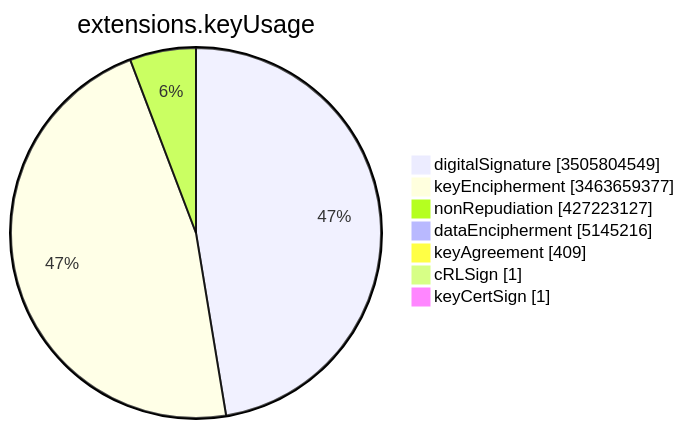
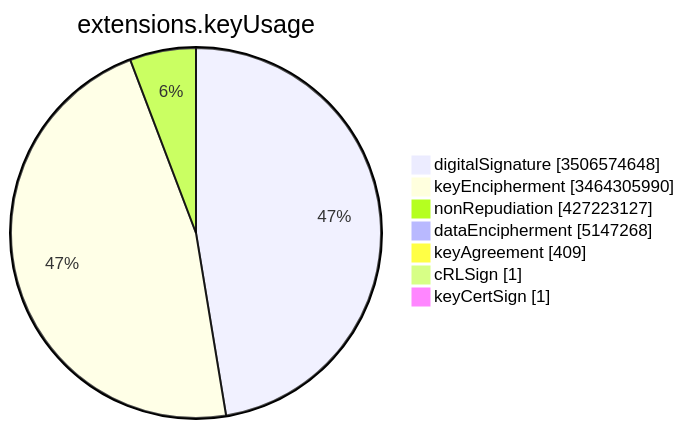
The sixth of 15 diagrams in TOTAL/README.md (christiankrug/ctmonitor_visualization), drawn with Mermaid before and after one commit. The commit also changed other lines of this file, not shown here.

````diff
--- a/TOTAL/README.md
+++ b/TOTAL/README.md
@@ -3083,11 +3083,11 @@
 ```mermaid
 pie showData
 title extensions.keyUsage
-"digitalSignature" :3505804549
-"keyEncipherment" :3463659377
+"digitalSignature" :3506574648
+"keyEncipherment" :3464305990
 "nonRepudiation" :427223127
-"dataEncipherment" :5145216
+"dataEncipherment" :5147268
 "keyAgreement" :409
 "cRLSign" :1
 "keyCertSign" :1
 ```
````
